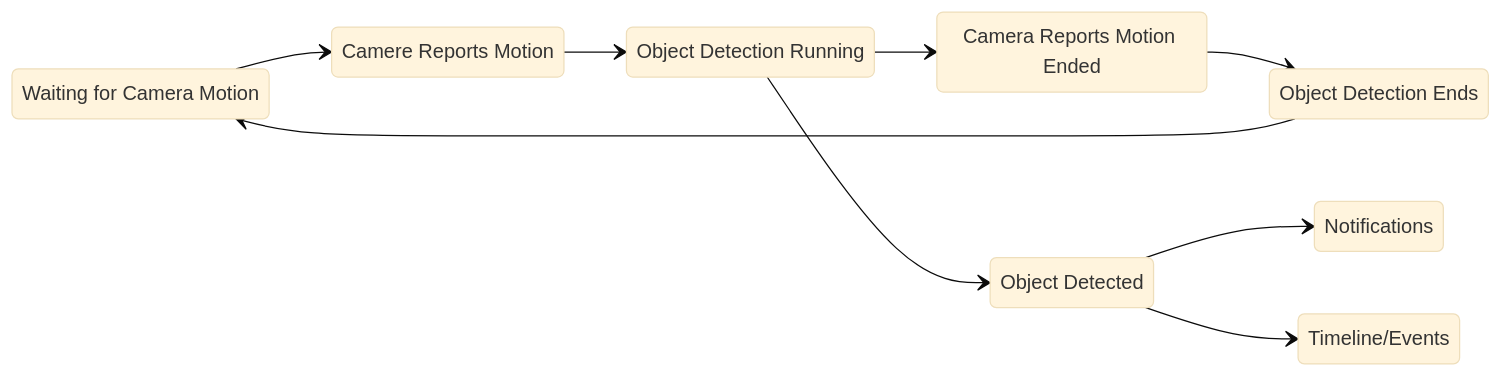
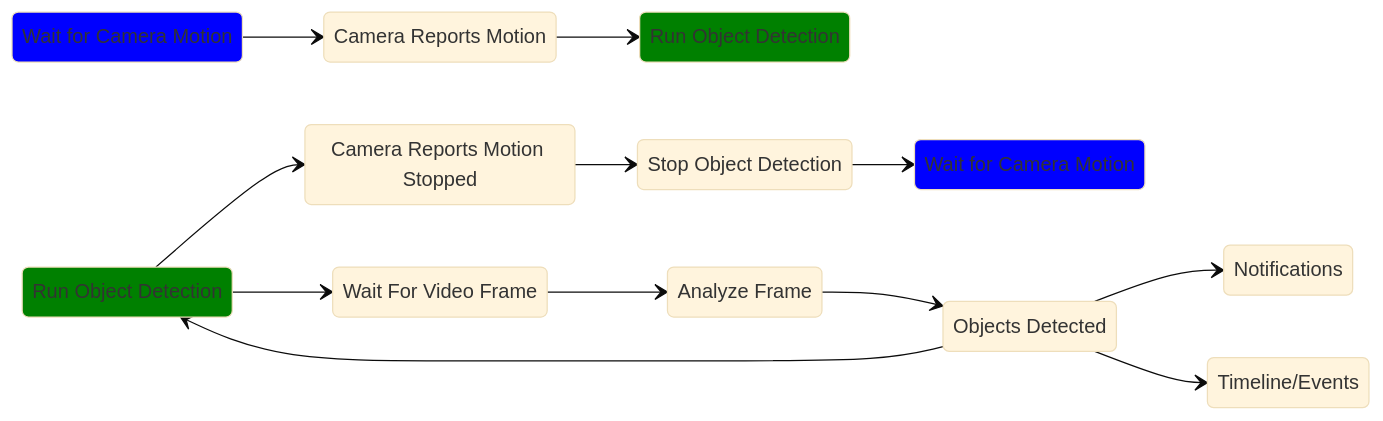
The diagram in scrypted-nvr/troubleshooting.md (koush/docs.scrypted.app), drawn with Mermaid (base theme) before and after one commit.

Commit message:
simplify

````diff
--- a/scrypted-nvr/troubleshooting.md
+++ b/scrypted-nvr/troubleshooting.md
@@ -35,19 +35,32 @@
 ```mermaid
 stateDiagram
+    classDef cameraClass fill:blue
+    classDef runningClass fill:green
+
     direction LR
-    camera: Waiting for Camera Motion
-    motion: Camere Reports Motion
-    scrypted: Object Detection Running
-    detected: Object Detected
-    motionstopped: Camera Reports Motion Ended
-    detectionstopped: Object Detection Ends
-    detectionstopped --> camera
+    camera: Wait for Camera Motion
+    camera2: Wait for Camera Motion
+    motion: Camera Reports Motion
+    running: Run Object Detection
+    running2: Run Object Detection
+    detected: Objects Detected
+    decode: Wait For Video Frame
+    analyze: Analyze Frame
+    motionstopped: Camera Reports Motion Stopped
+    detectionstopped: Stop Object Detection
 
+    running2 --> decode
     camera --> motion
-    motion --> scrypted
+    motion --> running
+    decode --> analyze
+    analyze --> detected
+    detected --> running2
     detected --> Notifications
     detected --> Timeline/Events
-    scrypted --> motionstopped
-    scrypted --> detected
+    running2 --> motionstopped
     motionstopped --> detectionstopped
+    detectionstopped --> camera2
+
+   class camera, camera2 cameraClass
+   class running, running2 runningClass
 ```
````
